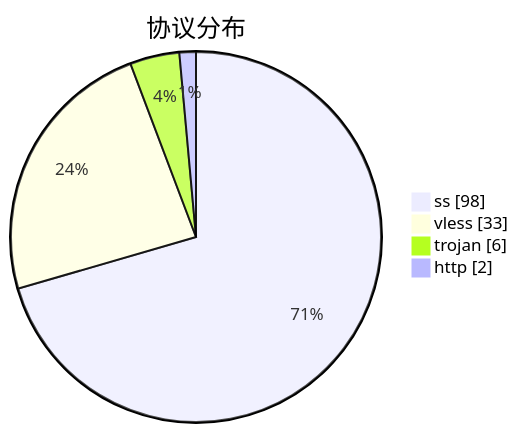
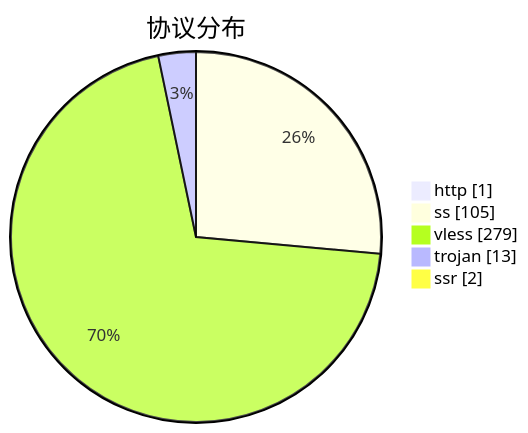
Before and after one commit to qjlxg/airport: the third of 3 diagrams in subs/statistics/tested_within.md, drawn with Mermaid. The commit also changed other lines of this file and 2 other files, not shown here.

````diff
--- a/subs/statistics/tested_within.md
+++ b/subs/statistics/tested_within.md
@@ -16,8 +22,9 @@
 ```mermaid
 pie showData
 title 协议分布
-"ss" : 98
-"vless" : 33
-"trojan" : 6
-"http" : 2
+"http" : 1
+"ss" : 105
+"vless" : 279
+"trojan" : 13
+"ssr" : 2
 ```
````
